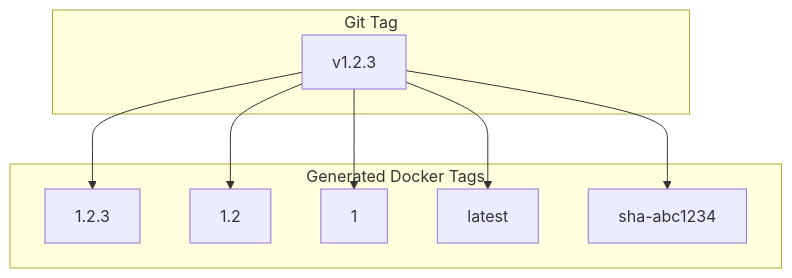
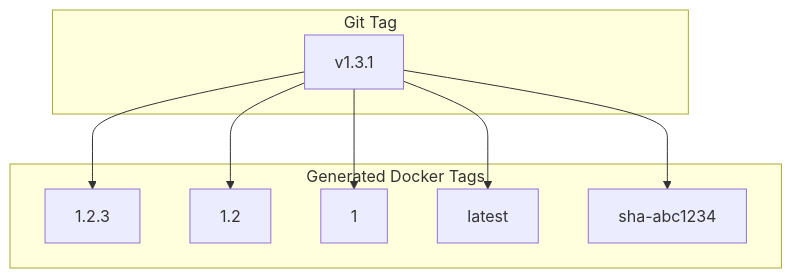
One commit to telemetryflow/telemetryflow-agent changed the third of 3 diagrams in docs/GITHUB-WORKFLOWS.md. Above: the diagram before and after it, drawn with Mermaid. The commit also changed other lines of this file and 9 other files, not shown here.

````diff
--- a/docs/GITHUB-WORKFLOWS.md
+++ b/docs/GITHUB-WORKFLOWS.md
@@ -305,20 +305,20 @@
 ```mermaid
 flowchart TD
     subgraph "Git Tag"
-        T[v1.2.3]
+        T[v1.3.1]
     end
 
     subgraph "Generated Docker Tags"
         D1[1.2.3]
         D2[1.2]
         D3[1]
         D4[latest]
         D5[sha-abc1234]
     end
 
     T --> D1
     T --> D2
     T --> D3
     T --> D4
     T --> D5
 ```
````
